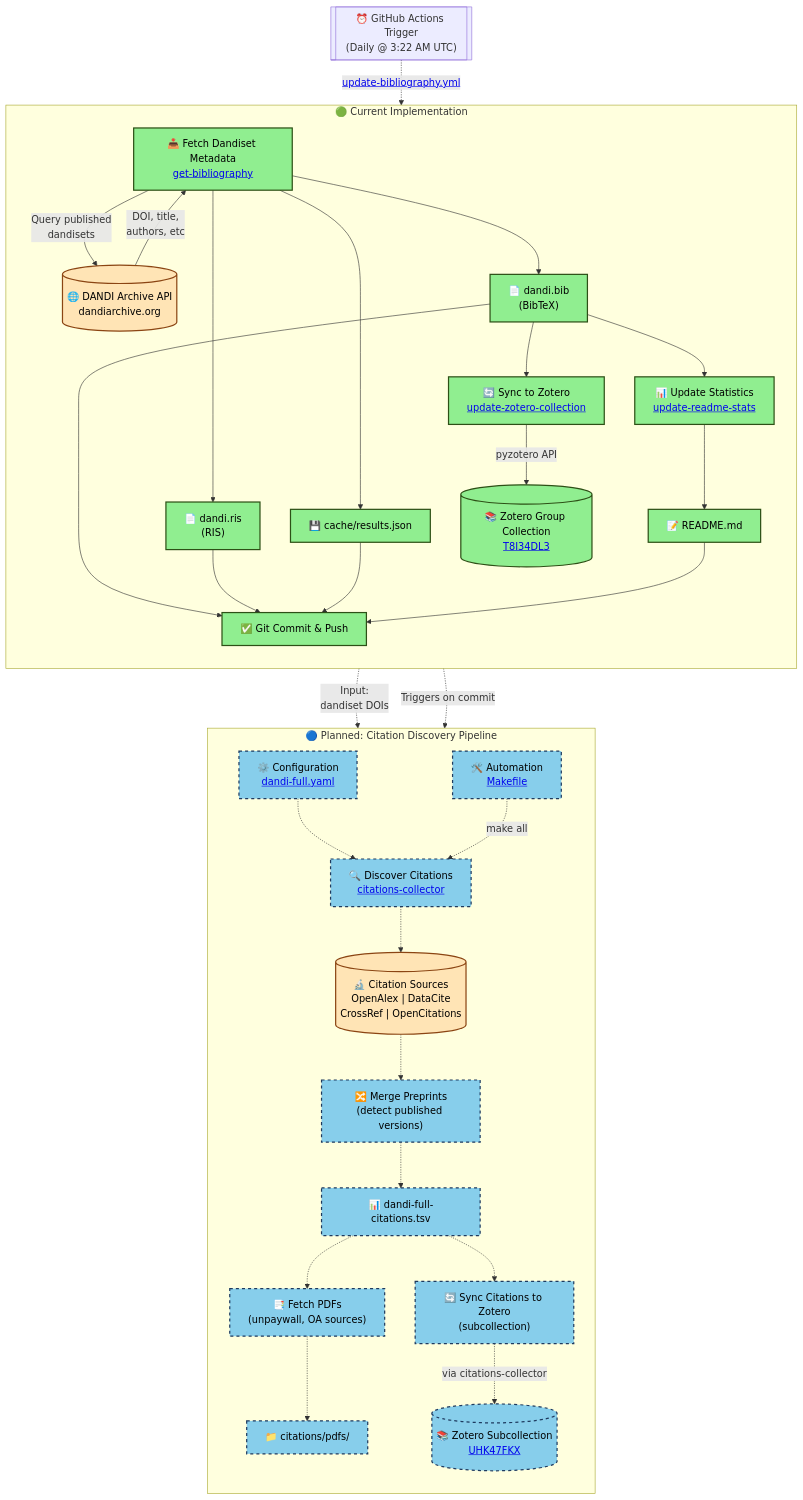
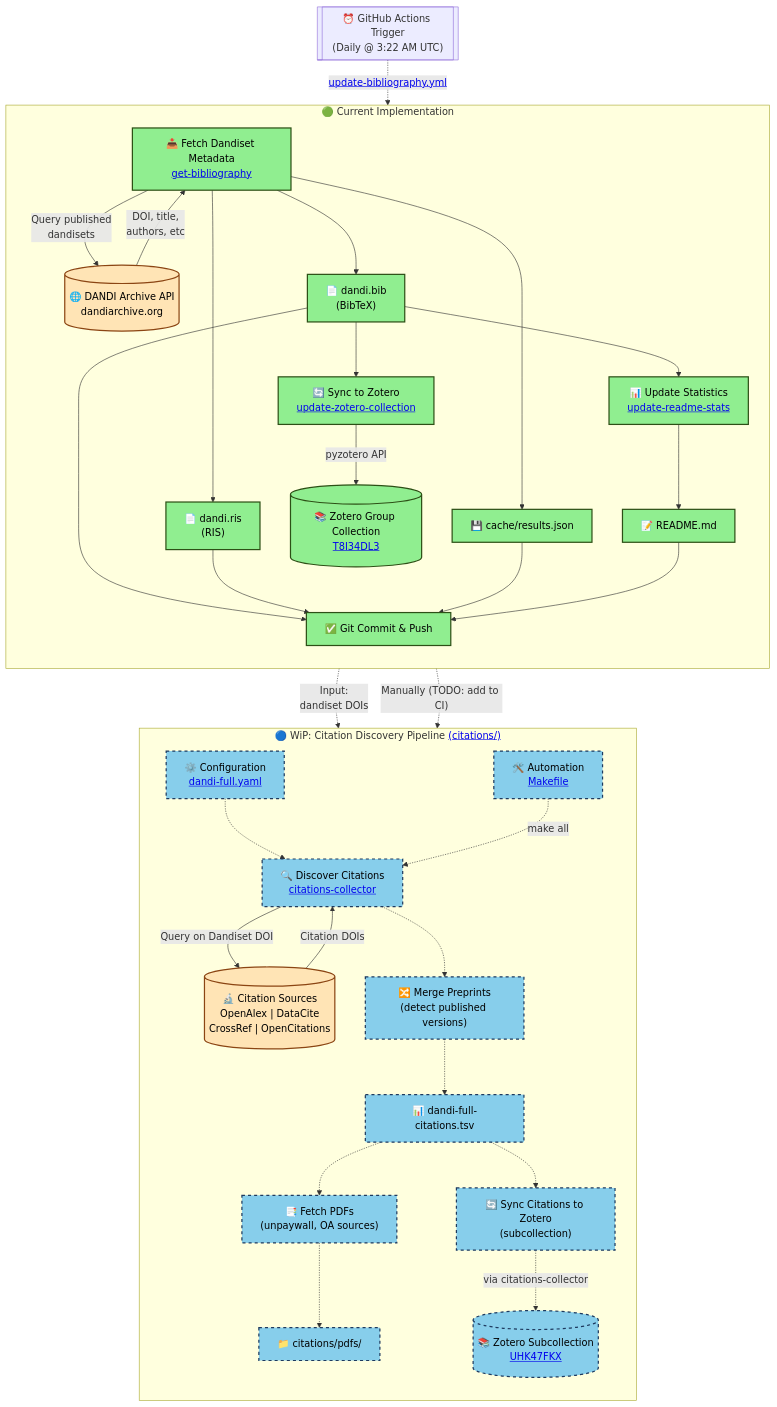
One commit to dandi/dandi-bib changed the diagram in README.md. Above: the diagram before and after it, drawn with Mermaid.

Commit message:
Add comprehensive Mermaid workflow diagram to README
- Visualizes complete bibliography update pipeline
- Shows current implementation (daily API fetch, BibTeX/RIS generation, Zotero sync)
- Depicts planned citation discovery pipeline using citations-collector
- Includes hyperlinks to all configuration files, scripts, and workflows
- Distinguishes implemented vs planned features with color coding

````diff
--- a/README.md
+++ b/README.md
@@ -53,76 +53,79 @@
 ```mermaid
 flowchart TD
     %% Current Implementation (solid lines)
     trigger[["⏰ GitHub Actions Trigger<br/>(Daily @ 3:22 AM UTC)"]]
     trigger -.->|<a href='.github/workflows/update-bibliography.yml'>update-bibliography.yml</a>| fetch
 
     subgraph current["🟢 Current Implementation"]
         direction TB
         fetch["📥 Fetch Dandiset Metadata<br/><a href='code/get-bibliography'>get-bibliography</a>"]
         api[("🌐 DANDI Archive API<br/>dandiarchive.org")]
 
         fetch -->|"Query published<br/>dandisets"| api
         api -->|"DOI, title,<br/>authors, etc"| fetch
 
         fetch --> bib["📄 dandi.bib<br/>(BibTeX)"]
         fetch --> ris["📄 dandi.ris<br/>(RIS)"]
         fetch --> cache["💾 cache/results.json"]
 
-        stats["📊 Update Statistics<br/><a href='code/update-readme-stats'>update-readme-stats</a>"]
-        bib --> stats
-        stats --> readme["📝 README.md"]
-
         zotero_sync["🔄 Sync to Zotero<br/><a href='code/update-zotero-collection'>update-zotero-collection</a>"]
         bib --> zotero_sync
         zotero_sync -->|"pyzotero API"| zotero_main[("📚 Zotero Group Collection<br/><a href='https://www.zotero.org/groups/5774211/dandi/collections/T8I34DL3'>T8I34DL3</a>")]
 
         commit["✅ Git Commit & Push"]
         bib --> commit
         ris --> commit
         cache --> commit
         readme --> commit
+
+        stats["📊 Update Statistics<br/><a href='code/update-readme-stats'>update-readme-stats</a>"]
+        bib --> stats
+        stats --> readme["📝 README.md"]
+
+
     end
 
     %% Planned Future Additions (dashed lines)
-    subgraph planned["🔵 Planned: Citation Discovery Pipeline"]
+    subgraph planned["🔵 WiP: Citation Discovery Pipeline <a href='citations/'>(citations/)</a>"]
         direction TB
         cc_config["⚙️ Configuration<br/><a href='citations/dandi-full.yaml'>dandi-full.yaml</a>"]
 
         discover["🔍 Discover Citations<br/><a href='https://github.com/con/citations-collector'>citations-collector</a>"]
         bib -.->|"Input:<br/>dandiset DOIs"| cc_config
         cc_config -.-> discover
 
         sources[("🔬 Citation Sources<br/>OpenAlex | DataCite<br/>CrossRef | OpenCitations")]
-        discover -.-> sources
+        discover -->|Query on Dandiset DOI| sources
+        sources -->|Citation DOIs| discover
 
         merge["🔀 Merge Preprints<br/>(detect published versions)"]
-        sources -.-> merge
+        discover -.-> merge
 
         tsv["📊 dandi-full-citations.tsv"]
         merge -.-> tsv
 
         pdfs["📑 Fetch PDFs<br/>(unpaywall, OA sources)"]
         tsv -.-> pdfs
         pdf_dir["📁 citations/pdfs/"]
         pdfs -.-> pdf_dir
 
         zotero_citations["🔄 Sync Citations to Zotero<br/>(subcollection)"]
         tsv -.-> zotero_citations
         zotero_citations -.->|"via citations-collector"| zotero_sub[("📚 Zotero Subcollection<br/><a href='https://www.zotero.org/groups/5774211/dandi/collections/UHK47FKX'>UHK47FKX</a>")]
 
         makefile["🛠️ Automation<br/><a href='citations/Makefile'>Makefile</a>"]
         makefile -.->|"make all"| discover
     end
 
     %% Connections between workflows
-    commit -.->|"Triggers on commit"| cc_config
+    commit -.->|"Manually (TODO: add to CI)"| cc_config
 
     %% Styling
     classDef implemented fill:#90EE90,stroke:#2d5016,stroke-width:2px,color:#000
     classDef planned fill:#87CEEB,stroke:#1e3a5f,stroke-width:2px,stroke-dasharray: 5 5,color:#000
     classDef external fill:#FFE4B5,stroke:#8B4513,stroke-width:2px,color:#000
 
     class fetch,bib,ris,cache,stats,readme,zotero_sync,commit,zotero_main implemented
     class cc_config,discover,merge,tsv,pdfs,pdf_dir,zotero_citations,zotero_sub,makefile planned
     class api,sources external
 ```
````
